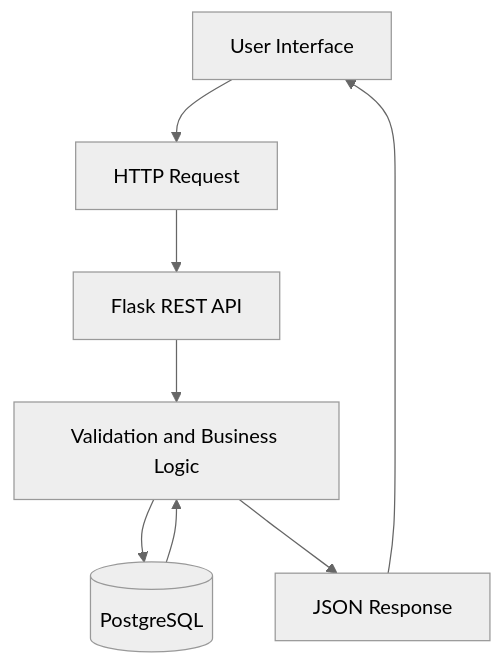
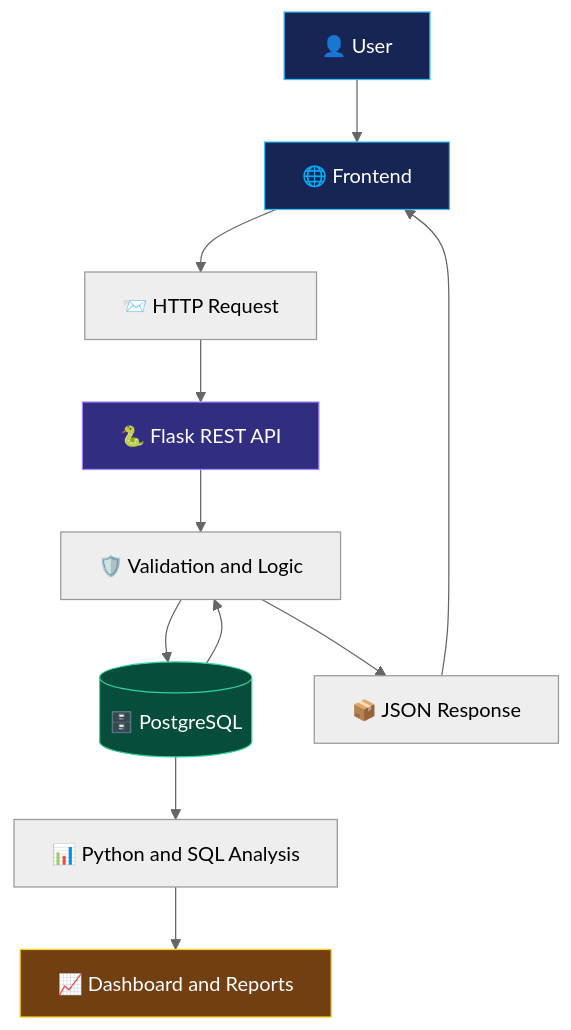
One commit to kanishkailango/kanishkailango changed the diagram in README.md. Above: the diagram before and after it, drawn with Mermaid (neutral theme). The commit also changed other lines of this file, not shown here.

````diff
--- a/README.md
+++ b/README.md
@@ -400,10 +415,19 @@
 ```mermaid
 flowchart TD
-    A["User Interface"] --> B["HTTP Request"]
-    B --> C["Flask REST API"]
-    C --> D["Validation and Business Logic"]
-    D --> E[("PostgreSQL")]
-    E --> D
-    D --> F["JSON Response"]
-    F --> A
+    A["👤 User"] --> B["🌐 Frontend"]
+    B --> C["📨 HTTP Request"]
+    C --> D["🐍 Flask REST API"]
+    D --> E["🛡️ Validation and Logic"]
+    E --> F[("🗄️ PostgreSQL")]
+    F --> E
+    E --> G["📦 JSON Response"]
+    G --> B
+    F --> H["📊 Python and SQL Analysis"]
+    H --> I["📈 Dashboard and Reports"]
+
+    style A fill:#172554,stroke:#38bdf8,color:#fff
+    style B fill:#172554,stroke:#38bdf8,color:#fff
+    style D fill:#312e81,stroke:#a78bfa,color:#fff
+    style F fill:#064e3b,stroke:#34d399,color:#fff
+    style I fill:#713f12,stroke:#facc15,color:#fff
 ```
````
